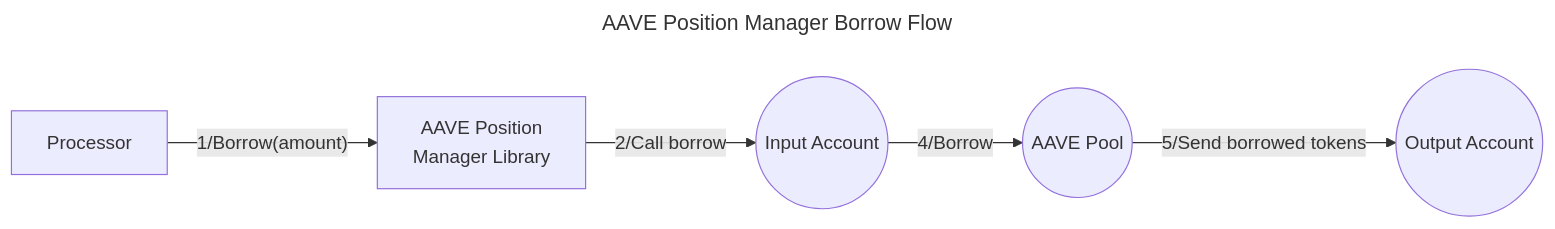
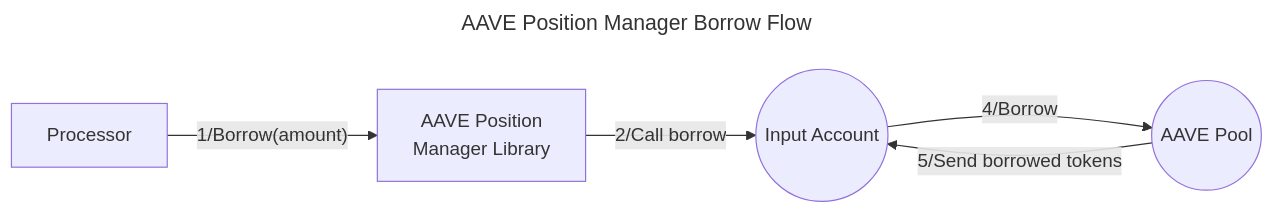
One commit to timewave-computer/valence-protocol changed the second of 5 diagrams in docs/src/libraries/evm/aave_position_manager.md. Above: the diagram before and after it, drawn with Mermaid. The commit also changed other lines of this file and 1 other file, not shown here.

Commit message:
use input account for everything except withdrawals

````diff
--- a/docs/src/libraries/evm/aave_position_manager.md
+++ b/docs/src/libraries/evm/aave_position_manager.md
@@ -26,16 +25,15 @@
 ```mermaid
 ---
 title: AAVE Position Manager Borrow Flow
 ---
 flowchart LR
  P[Processor]
  A[AAVE Position
  Manager Library]
  IA((Input Account))
  AP((AAVE Pool))
- OA((Output Account))
  P -- 1/Borrow(amount) --> A
  A -- 2/Call borrow --> IA
  IA -- 4/Borrow --> AP
- AP -- 5/Send borrowed tokens --> OA
+ AP -- 5/Send borrowed tokens --> IA
 ```
````
